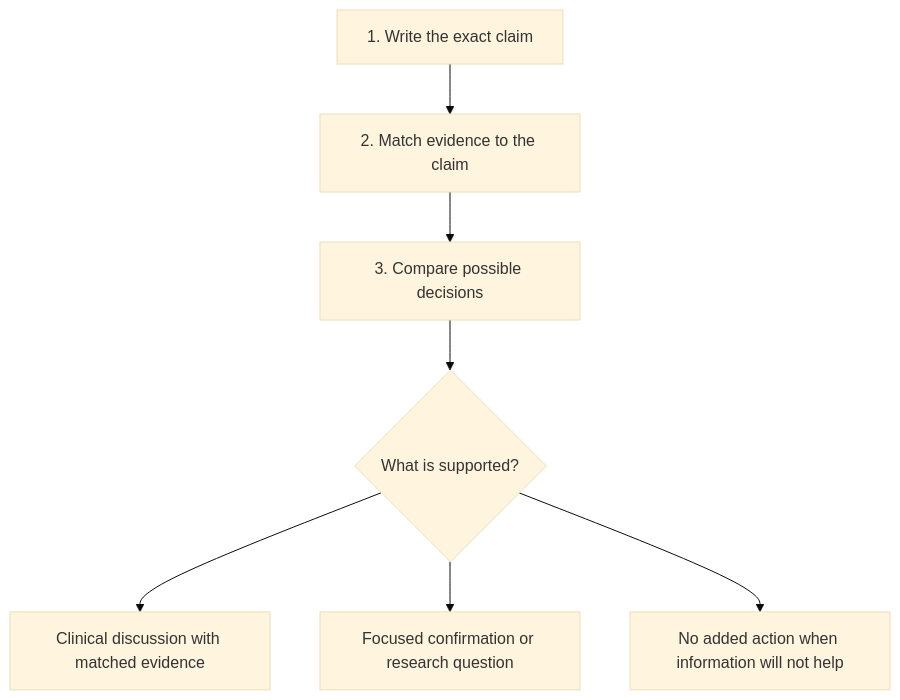
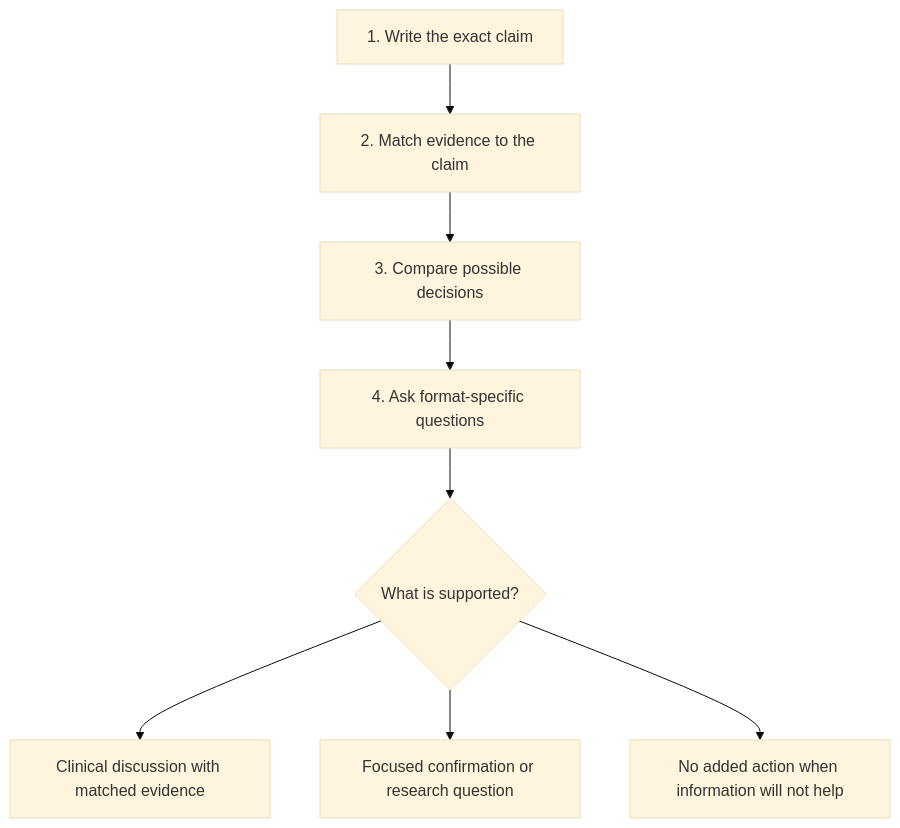
One commit to jasonLaster/oncoguide changed the diagram in wiki/education/guides/judging-a-test-or-vendor-claim/index.md. Above: the diagram before and after it, drawn with Mermaid (base theme). The commit also changed other lines of this file and 527 other files, not shown here.

````diff
--- a/wiki/education/guides/judging-a-test-or-vendor-claim/index.md
+++ b/wiki/education/guides/judging-a-test-or-vendor-claim/index.md
@@ -32,9 +32,10 @@
 ```mermaid
 flowchart TD
   A[1. Write the exact claim] --> B[2. Match evidence to the claim]
   B --> C[3. Compare possible decisions]
-  C --> D{What is supported?}
+  C --> H[4. Ask format-specific questions]
+  H --> D{What is supported?}
   D --> E[Clinical discussion with matched evidence]
   D --> F[Focused confirmation or research question]
   D --> G[No added action when information will not help]
 ```
````
